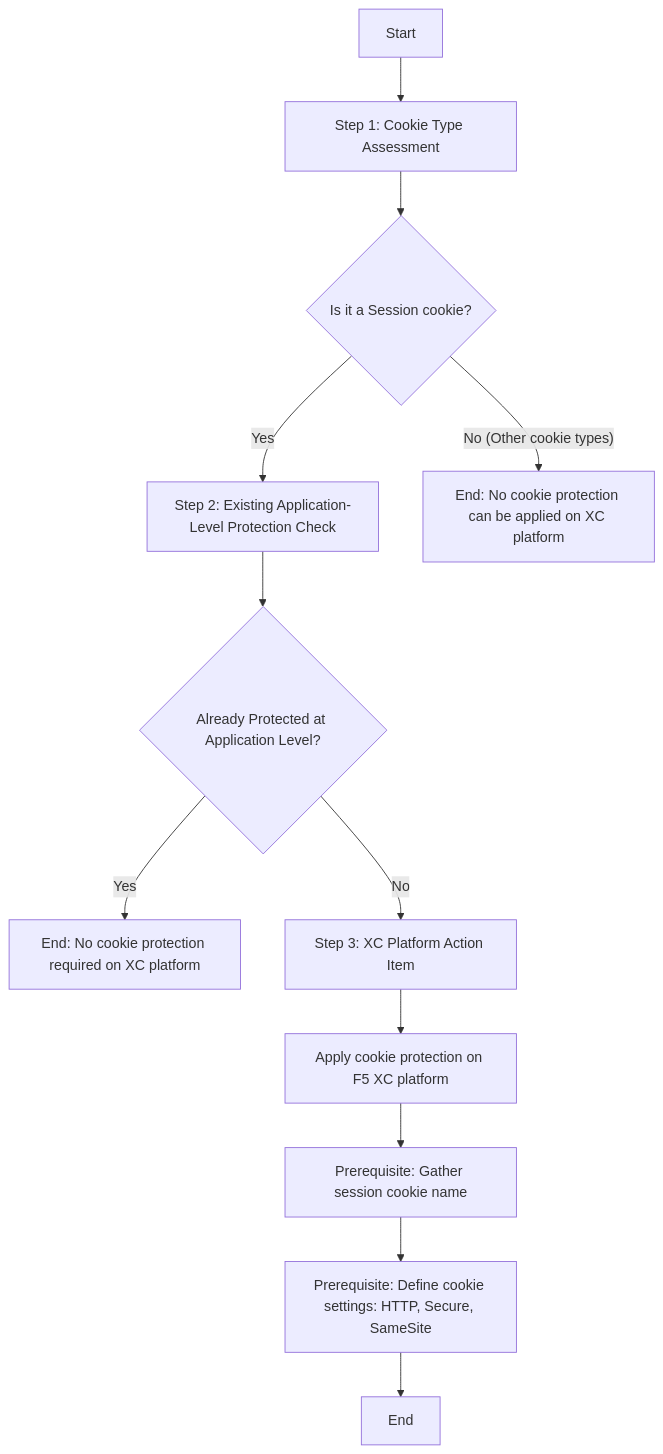
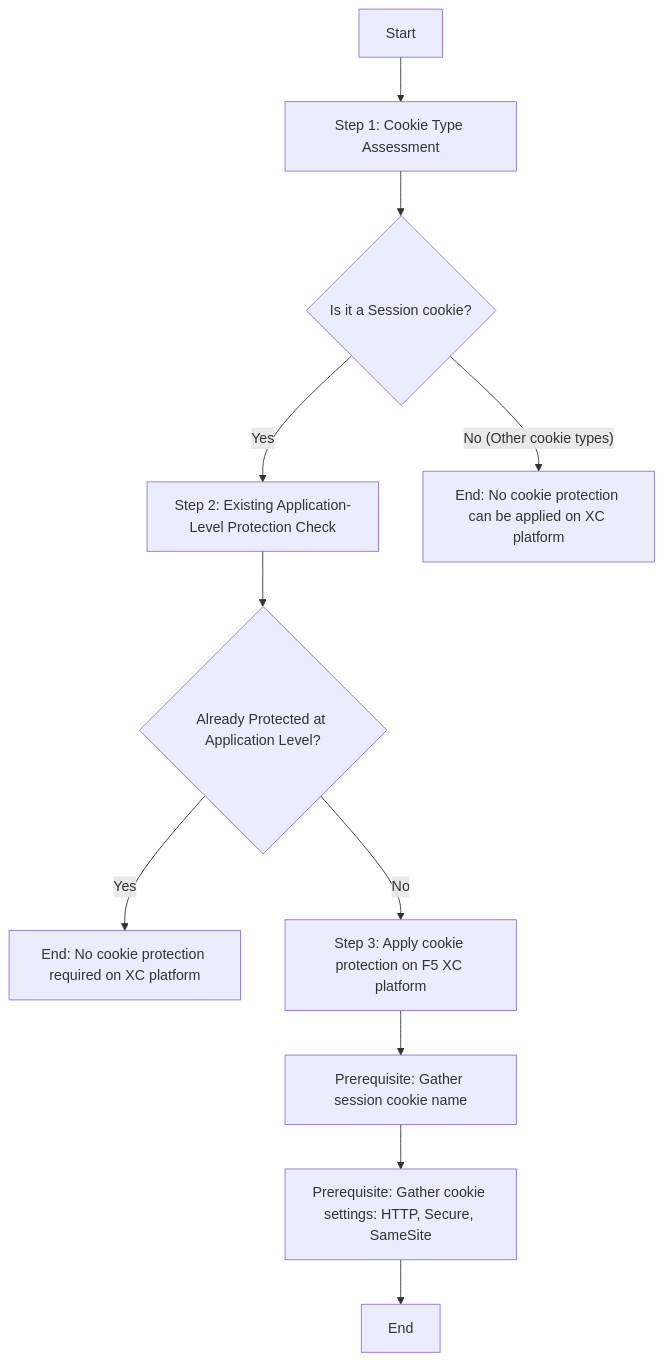
Before and after one commit to SarveshWagh/f5xc-flowcharts: the diagram in cookie-protection.md, drawn with Mermaid.

````diff
--- a/cookie-protection.md
+++ b/cookie-protection.md
@@ -1,19 +1,14 @@
 ``` mermaid
 flowchart TD
     A[Start] --> B[Step 1: Cookie Type Assessment]
 
     B --> C{Is it a Session cookie?}
     C -- Yes --> D[Step 2: Existing Application-Level Protection Check]
     C -- No (Other cookie types) --> E[End: No cookie protection can be applied on XC platform]
-
     D --> F{Already Protected at Application Level?}
     F -- Yes --> G[End: No cookie protection required on XC platform]
-    F -- No --> H[Step 3: XC Platform Action Item]
-
-    H --> I[Apply cookie protection on F5 XC platform]
-
-    I --> J[Prerequisite: Gather session cookie name]
-    J --> K[Prerequisite: Define cookie settings: HTTP, Secure, SameSite]
-
-    K --> L[End]
+    F -- No --> H[Step 3: Apply cookie protection on F5 XC platform]
+    H --> I[Prerequisite: Gather session cookie name]
+    I --> J[Prerequisite: Gather cookie settings: HTTP, Secure, SameSite]
+    J --> K[End]
 ```
````
